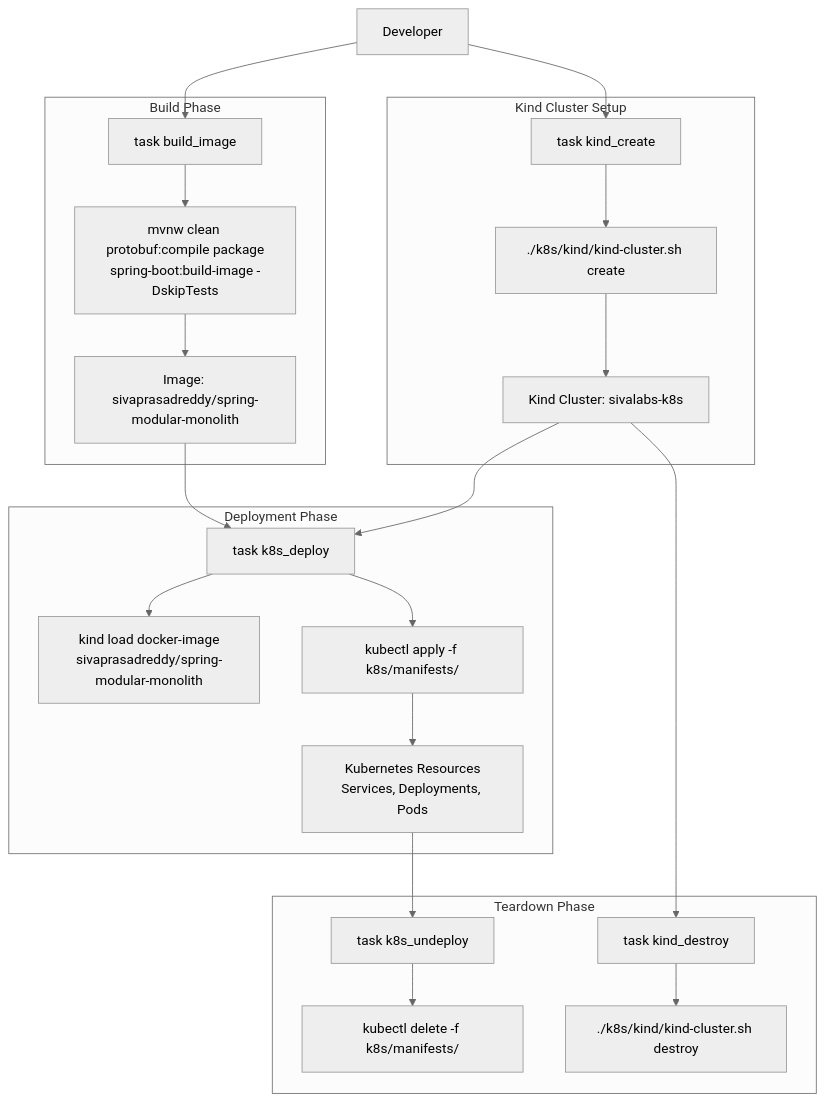
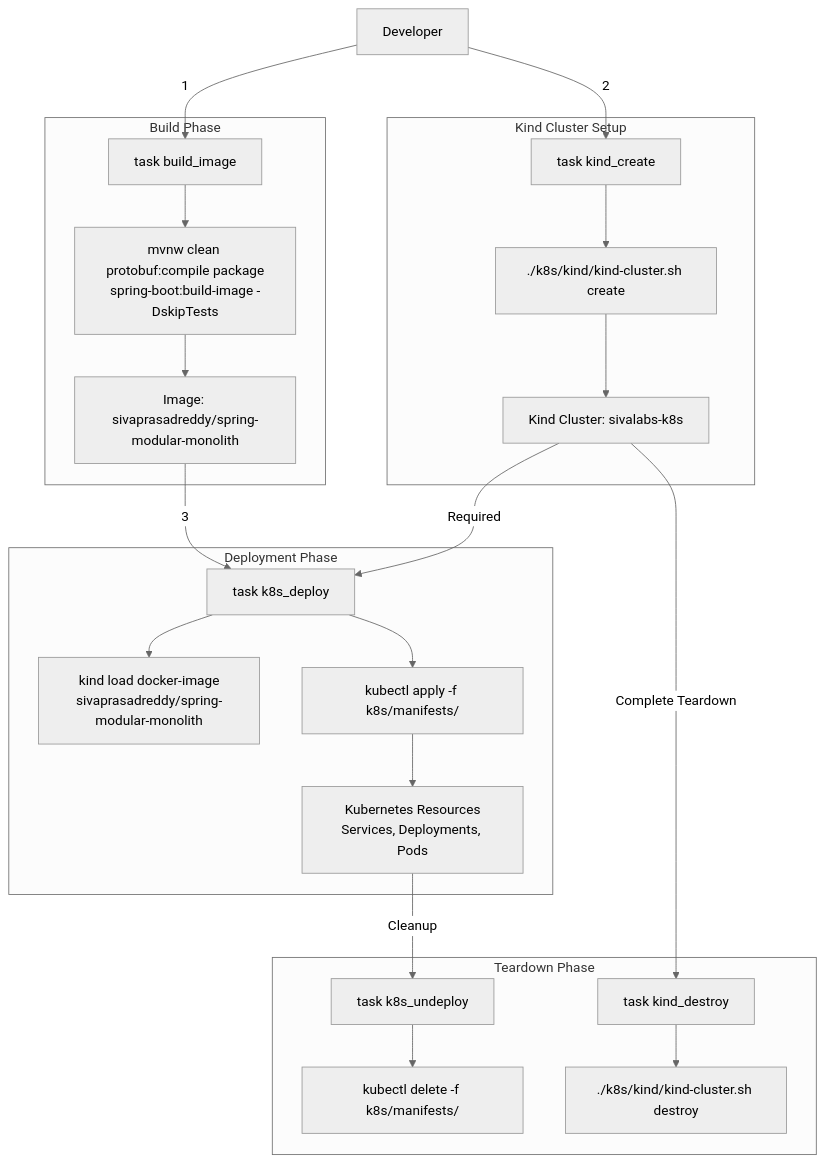
Before and after one commit to philipz/spring-modular-monolith: the fifth of 5 diagrams in docs/deepwiki/Kubernetes-Deployment-with-Kind.md, drawn with Mermaid (neutral theme). The commit also changed other lines of this file and 55 other files, not shown here.

````diff
--- a/docs/deepwiki/Kubernetes-Deployment-with-Kind.md
+++ b/docs/deepwiki/Kubernetes-Deployment-with-Kind.md
@@ -350,61 +350,61 @@
 ```mermaid
 flowchart TD
 
 Developer["Developer"]
 BuildImage["task build_image"]
 MavenBuild["mvnw clean protobuf:compile package<br>spring-boot:build-image -DskipTests"]
 DockerImage["Image: sivaprasadreddy/spring-modular-monolith"]
 KindCreate["task kind_create"]
 ClusterScript["./k8s/kind/kind-cluster.sh create"]
 KindCluster["Kind Cluster: sivalabs-k8s"]
 K8sDeploy["task k8s_deploy"]
 LoadImage["kind load docker-image<br>sivaprasadreddy/spring-modular-monolith"]
 ApplyManifests["kubectl apply -f k8s/manifests/"]
 K8sResources["Kubernetes Resources<br>Services, Deployments, Pods"]
 K8sUndeploy["task k8s_undeploy"]
 DeleteManifests["kubectl delete -f k8s/manifests/"]
 KindDestroy["task kind_destroy"]
 DestroyScript["./k8s/kind/kind-cluster.sh destroy"]
 
-Developer --> BuildImage
-Developer --> KindCreate
-DockerImage --> K8sDeploy
-KindCluster --> K8sDeploy
-K8sResources --> K8sUndeploy
-KindCluster --> KindDestroy
+Developer -->|"1"| BuildImage
+Developer -->|"2"| KindCreate
+DockerImage -->|"3"| K8sDeploy
+KindCluster -->|"Required"| K8sDeploy
+K8sResources -->|"Cleanup"| K8sUndeploy
+KindCluster -->|"Complete Teardown"| KindDestroy
 
 subgraph subGraph3 ["Teardown Phase"]
     K8sUndeploy
     DeleteManifests
     KindDestroy
     DestroyScript
     K8sUndeploy --> DeleteManifests
     KindDestroy --> DestroyScript
 end
 
 subgraph subGraph2 ["Deployment Phase"]
     K8sDeploy
     LoadImage
     ApplyManifests
     K8sResources
     K8sDeploy --> LoadImage
     K8sDeploy --> ApplyManifests
     ApplyManifests --> K8sResources
 end
 
 subgraph subGraph1 ["Kind Cluster Setup"]
     KindCreate
     ClusterScript
     KindCluster
     KindCreate --> ClusterScript
     ClusterScript --> KindCluster
 end
 
 subgraph subGraph0 ["Build Phase"]
     BuildImage
     MavenBuild
     DockerImage
     BuildImage --> MavenBuild
     MavenBuild --> DockerImage
 end
 ```
````
